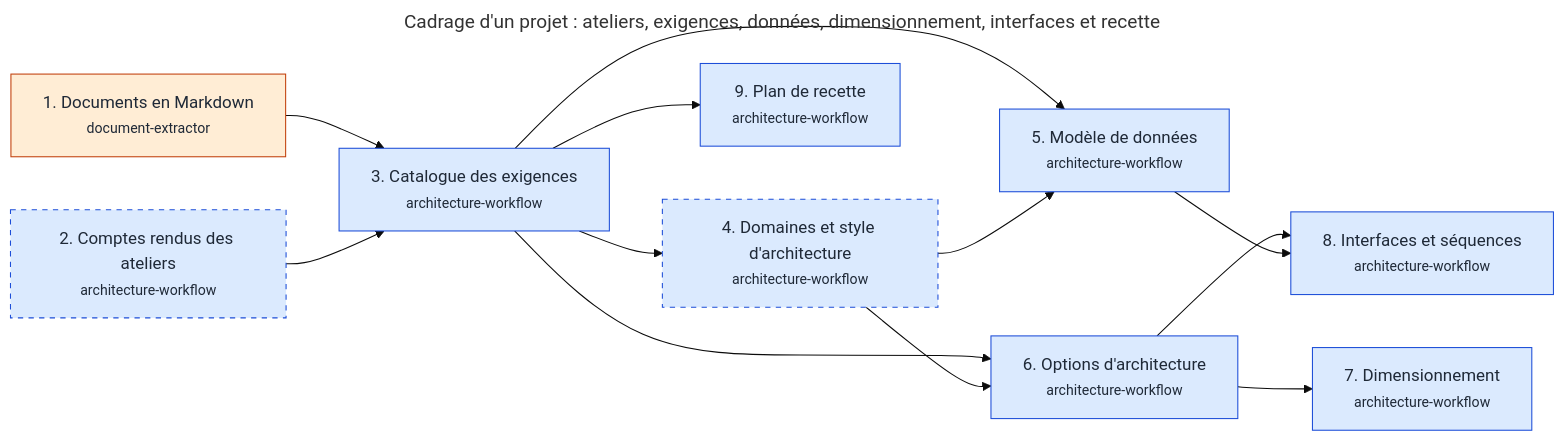
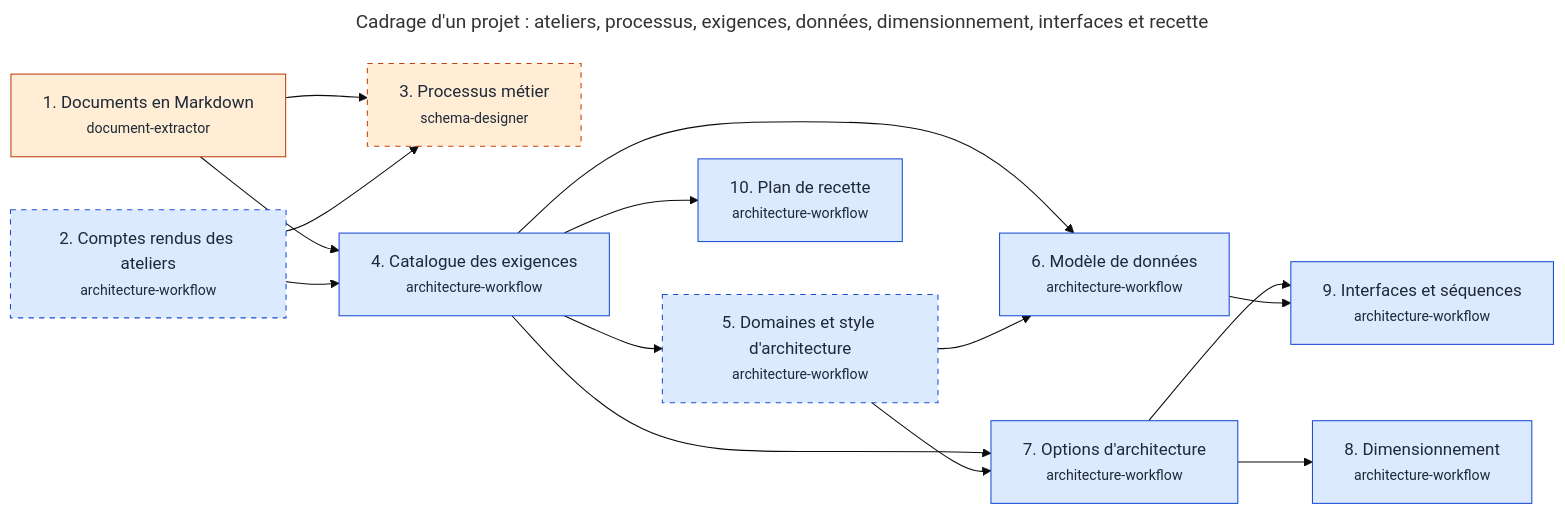
Before and after one commit to RenaudVanhille/myskills: the diagram in docs/workflows/cadrage.md, drawn with Mermaid (base theme). The commit also changed other lines of this file and 19 other files, not shown here.

First line of the commit message:
feat(decision-log): dossier d'exploitation et processus métier branchés dans quatre workflows (#99)

````diff
--- a/docs/workflows/cadrage.md
+++ b/docs/workflows/cadrage.md
@@ -17,32 +17,35 @@
 ```mermaid
 ---
-title: "Cadrage d'un projet : ateliers, exigences, données, dimensionnement, interfaces et recette"
+title: "Cadrage d'un projet : ateliers, processus, exigences, données, dimensionnement, interfaces et recette"
 ---
 flowchart LR
   s_documents["1. Documents en Markdown<br/><small>document-extractor</small>"]
   s_comptes_rendus["2. Comptes rendus des ateliers<br/><small>architecture-workflow</small>"]
-  s_exigences["3. Catalogue des exigences<br/><small>architecture-workflow</small>"]
-  s_domaines["4. Domaines et style d'architecture<br/><small>architecture-workflow</small>"]
-  s_modele_donnees["5. Modèle de données<br/><small>architecture-workflow</small>"]
-  s_architectures["6. Options d'architecture<br/><small>architecture-workflow</small>"]
-  s_dimensionnement["7. Dimensionnement<br/><small>architecture-workflow</small>"]
-  s_interfaces["8. Interfaces et séquences<br/><small>architecture-workflow</small>"]
-  s_recette["9. Plan de recette<br/><small>architecture-workflow</small>"]
+  s_processus["3. Processus métier<br/><small>schema-designer</small>"]
+  s_exigences["4. Catalogue des exigences<br/><small>architecture-workflow</small>"]
+  s_domaines["5. Domaines et style d'architecture<br/><small>architecture-workflow</small>"]
+  s_modele_donnees["6. Modèle de données<br/><small>architecture-workflow</small>"]
+  s_architectures["7. Options d'architecture<br/><small>architecture-workflow</small>"]
+  s_dimensionnement["8. Dimensionnement<br/><small>architecture-workflow</small>"]
+  s_interfaces["9. Interfaces et séquences<br/><small>architecture-workflow</small>"]
+  s_recette["10. Plan de recette<br/><small>architecture-workflow</small>"]
+  s_documents --> s_processus
+  s_comptes_rendus --> s_processus
   s_documents --> s_exigences
   s_comptes_rendus --> s_exigences
   s_exigences --> s_domaines
   s_exigences --> s_modele_donnees
   s_domaines --> s_modele_donnees
   s_exigences --> s_architectures
   s_domaines --> s_architectures
   s_architectures --> s_dimensionnement
   s_architectures --> s_interfaces
   s_modele_donnees --> s_interfaces
   s_exigences --> s_recette
   classDef moteur fill:#dbeafe,stroke:#1d4ed8,color:#1f2937
   classDef agent fill:#ffedd5,stroke:#c2410c,color:#1f2937
   classDef facultative stroke-dasharray:5 5
   class s_comptes_rendus,s_exigences,s_domaines,s_modele_donnees,s_architectures,s_dimensionnement,s_interfaces,s_recette moteur
-  class s_documents agent
-  class s_comptes_rendus,s_domaines facultative
+  class s_documents,s_processus agent
+  class s_comptes_rendus,s_processus,s_domaines facultative
 ```
````
